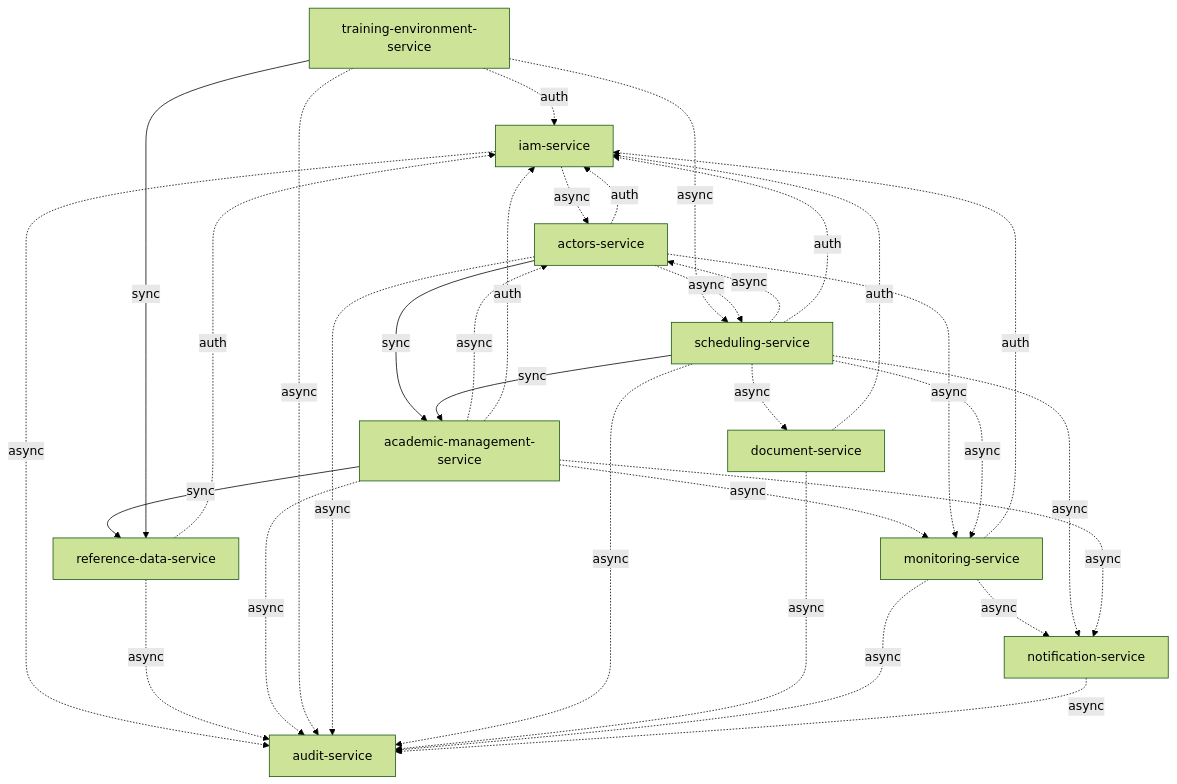
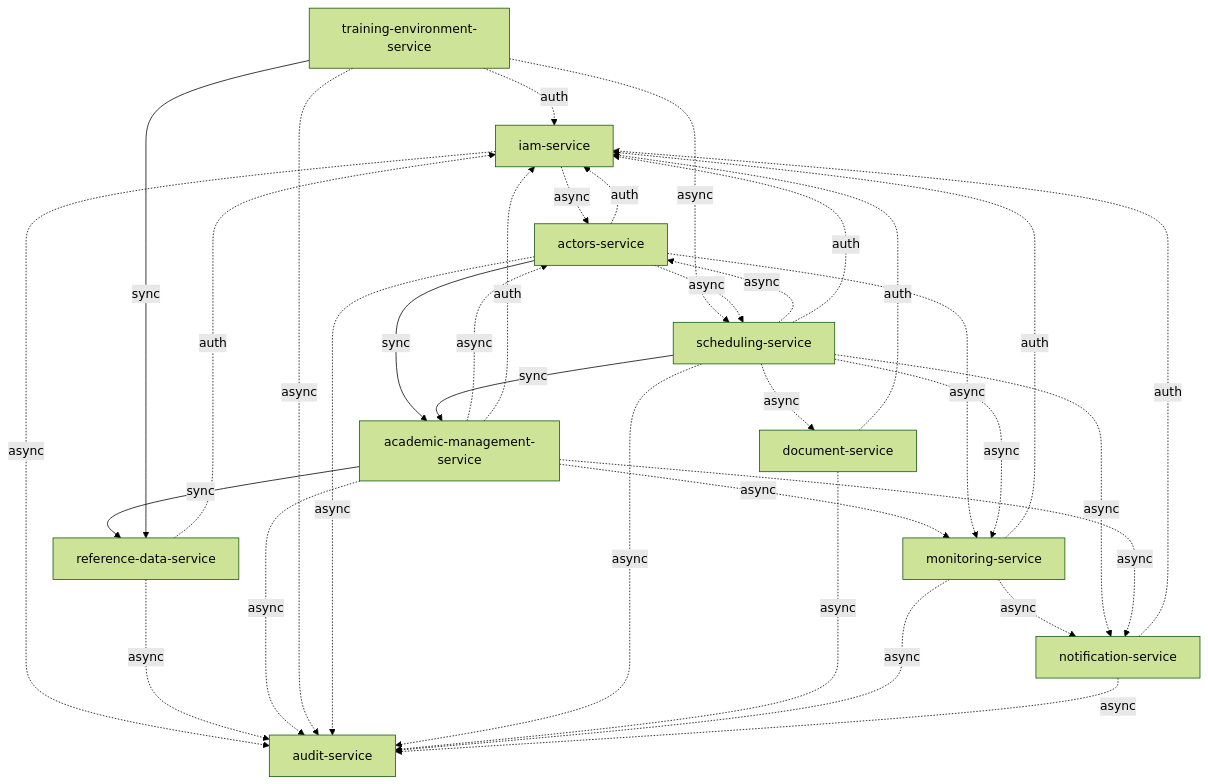
The diagram in 09-microservices/dependency-map.md (sharithsaavedra1/design-software-docs), drawn with Mermaid (forest theme) before and after one commit. The commit also changed other lines of this file and 35 other files, not shown here.

````diff
--- a/09-microservices/dependency-map.md
+++ b/09-microservices/dependency-map.md
@@ -33,51 +28,52 @@
 ```mermaid
 graph TD
     IAM[iam-service]
     REF[reference-data-service]
     ACAD[academic-management-service]
     ENV[training-environment-service]
     ACT[actors-service]
     SCH[scheduling-service]
     DOC[document-service]
     MON[monitoring-service]
     AUD[audit-service]
     NOT[notification-service]
 
     %% --- Dependencias síncronas (líneas sólidas) ---
     ACAD -->|sync| REF
     ENV -->|sync| REF
     ACT -->|sync| ACAD
     SCH -->|sync| ACAD
 
     %% --- Dependencias asíncronas / eventos (líneas punteadas) ---
     IAM -.->|async| AUD
     IAM -.->|async| ACT
     REF -.->|async| AUD
     ACAD -.->|async| AUD
     ACAD -.->|async| MON
     ACAD -.->|async| ACT
     ENV -.->|async| AUD
     ENV -.->|async| SCH
     ACT -.->|async| AUD
     ACT -.->|async| MON
     ACT -.->|async| SCH
     SCH -.->|async| AUD
     SCH -.->|async| MON
     SCH -.->|async| ACT
     SCH -.->|async| DOC
     DOC -.->|async| AUD
     MON -.->|async| AUD
     MON -.->|async| NOT
     SCH -.->|async| NOT
     ACAD -.->|async| NOT
     NOT -.->|async| AUD
 
     %% --- Autenticación (todos → iam) ---
     REF -.->|auth| IAM
     ACAD -.->|auth| IAM
     ENV -.->|auth| IAM
     ACT -.->|auth| IAM
     SCH -.->|auth| IAM
     DOC -.->|auth| IAM
     MON -.->|auth| IAM
+    NOT -.->|auth| IAM
 ```
````
